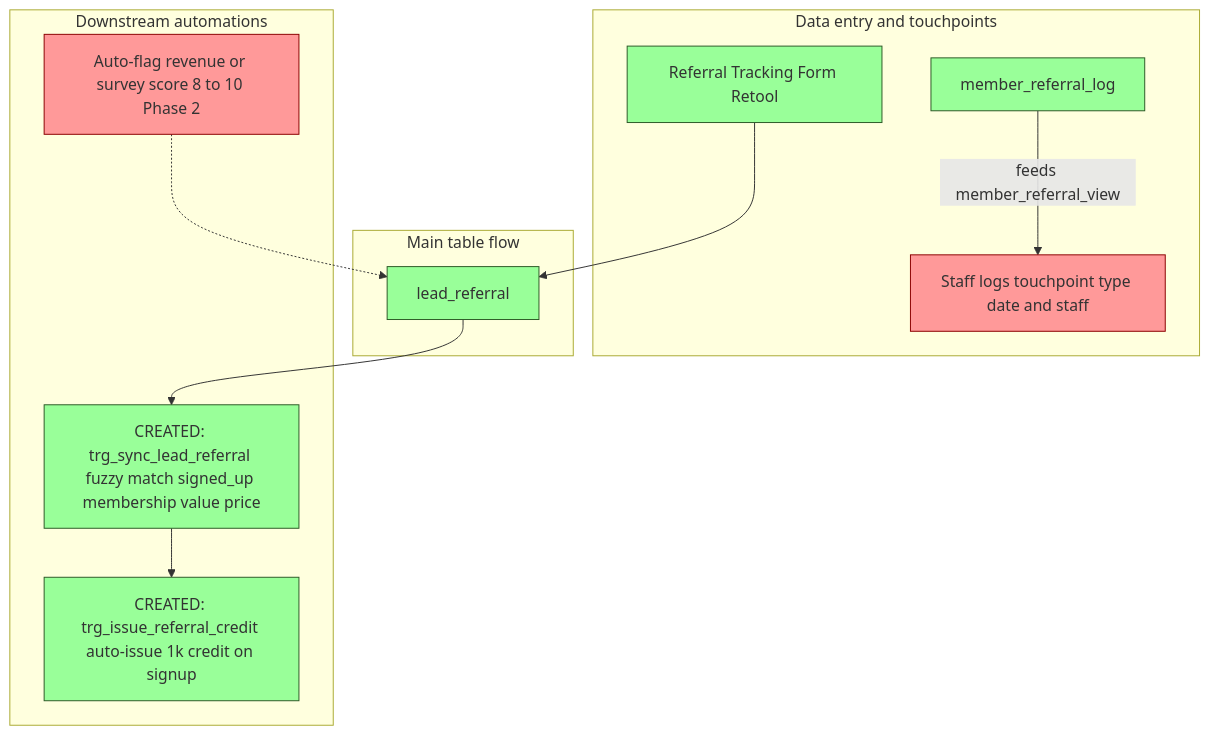
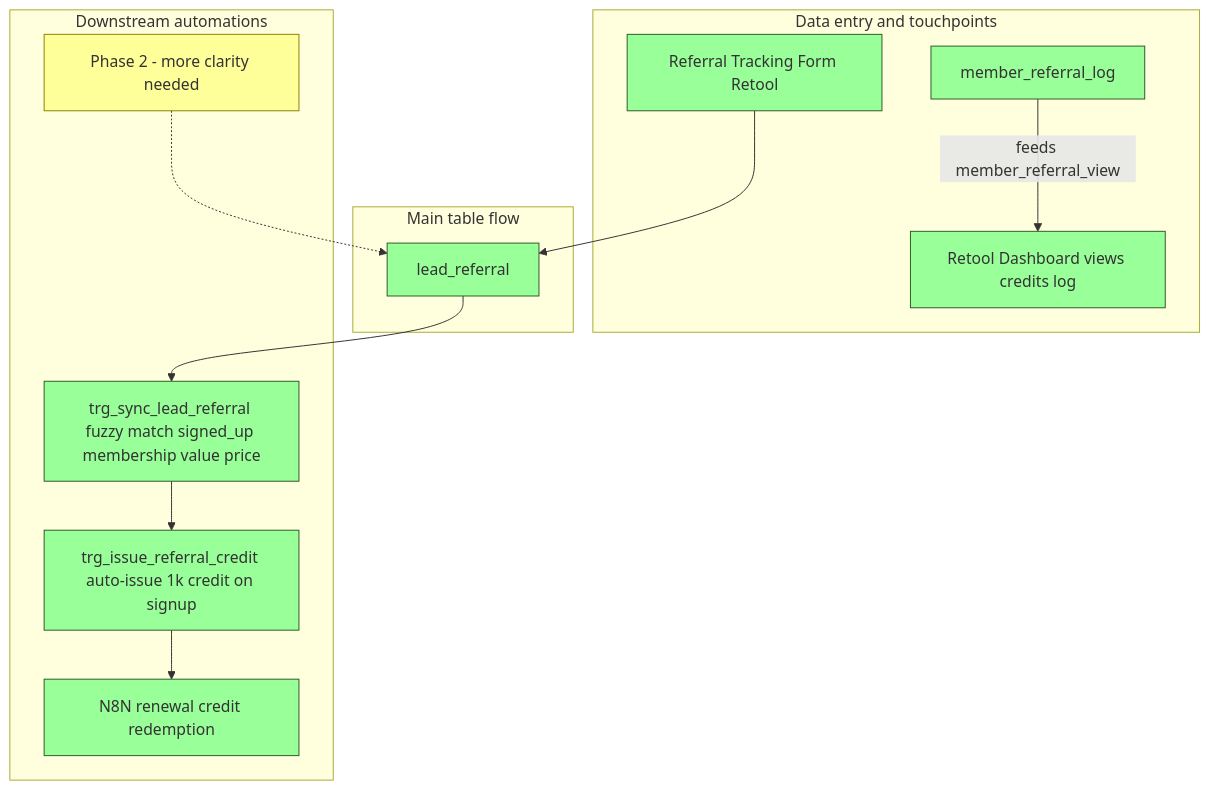
The second of 3 diagrams in dataflow-and-progress.md (towshau/referral_tracking), drawn with Mermaid before and after one commit. The commit also changed other lines of this file, not shown here.

First line of the commit message:
Mark Retool dashboard and N8N redemption as done, add future notes

````diff
--- a/dataflow-and-progress.md
+++ b/dataflow-and-progress.md
@@ -87,32 +87,35 @@
 ```mermaid
 flowchart TB
   subgraph above ["Data entry and touchpoints"]
     F1["Referral Tracking Form Retool"]
     F2["member_referral_log"]
-    F3["Staff logs touchpoint type date and staff"]
+    F3["Retool Dashboard views credits log"]
   end
 
   subgraph main ["Main table flow"]
     T1["lead_referral"]
   end
 
   subgraph below ["Downstream automations"]
-    A1["CREATED: trg_sync_lead_referral fuzzy match signed_up membership value price"]
-    A2["CREATED: trg_issue_referral_credit auto-issue 1k credit on signup"]
-    A4["Auto-flag revenue or survey score 8 to 10 Phase 2"]
+    A1["trg_sync_lead_referral fuzzy match signed_up membership value price"]
+    A2["trg_issue_referral_credit auto-issue 1k credit on signup"]
+    A3["N8N renewal credit redemption"]
+    A4["Phase 2 - more clarity needed"]
   end
 
   F1 --> T1
   F2 -->|feeds member_referral_view| F3
   T1 --> A1
   A1 --> A2
+  A2 --> A3
   A4 -.-> T1
 
   style T1 fill:#9f9,stroke:#2d5a27
   style F1 fill:#9f9,stroke:#2d5a27
   style F2 fill:#9f9,stroke:#2d5a27
+  style F3 fill:#9f9,stroke:#2d5a27
   style A1 fill:#9f9,stroke:#2d5a27
   style A2 fill:#9f9,stroke:#2d5a27
-  style F3 fill:#f99,stroke:#8b0000
-  style A4 fill:#f99,stroke:#8b0000
+  style A3 fill:#9f9,stroke:#2d5a27
+  style A4 fill:#ff9,stroke:#8b8000
 ```
````
